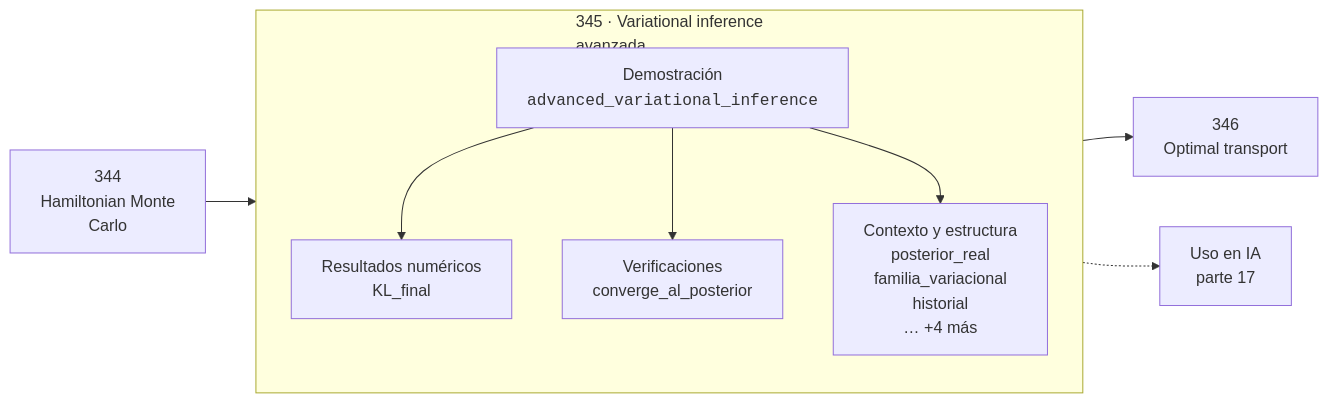
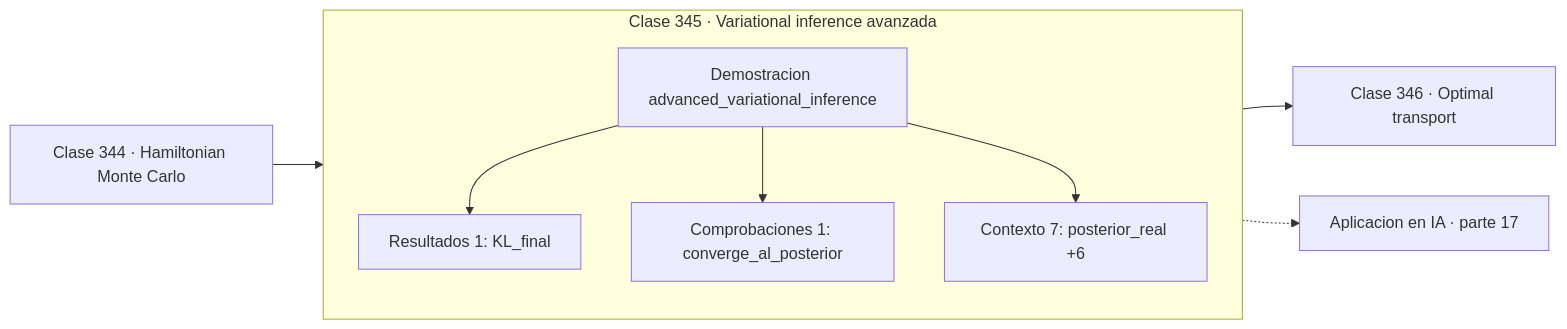
The diagram in classes/part-17-frontera-matematica-para-ia-e-investigacion/345-variational-inference-avanzada/README.md (vladimiracunadev-create/computational-mathematics-program), drawn with Mermaid before and after one commit. The commit also changed 389 other files, not shown here.

First line of the commit message:
fix(diagramas): elimina el HTML de las etiquetas Mermaid

````diff
--- a/classes/part-17-frontera-matematica-para-ia-e-investigacion/345-variational-inference-avanzada/README.md
+++ b/classes/part-17-frontera-matematica-para-ia-e-investigacion/345-variational-inference-avanzada/README.md
@@ -30,12 +30,13 @@
 ```mermaid
 flowchart LR
-    P["344<br/>Hamiltonian Monte<br/>Carlo"] --> C
-    subgraph C["345 · Variational inference<br/>avanzada"]
+    P["Clase 344 · Hamiltonian Monte Carlo"] --> D
+    subgraph CLASE["Clase 345 · Variational inference avanzada"]
         direction TB
-        D["Demostración<br/><code>advanced_variational_inference</code>"] --> R["Resultados numéricos<br/>KL_final"]
-        D --> V["Verificaciones<br/>converge_al_posterior"]
-        D --> O["Contexto y estructura<br/>posterior_real<br/>familia_variacional<br/>historial<br/>… +4 más"]
+        D["Demostracion advanced_variational_inference"]
+        D --> R["Resultados 1: KL_final"]
+        D --> V["Comprobaciones 1: converge_al_posterior"]
+        D --> O["Contexto 7: posterior_real +6"]
     end
-    C --> N["346<br/>Optimal transport"]
-    C -.-> IA["Uso en IA<br/>parte 17"]
+    R --> N["Clase 346 · Optimal transport"]
+    V -.-> IA["Aplicacion en IA · parte 17"]
 ```
````
